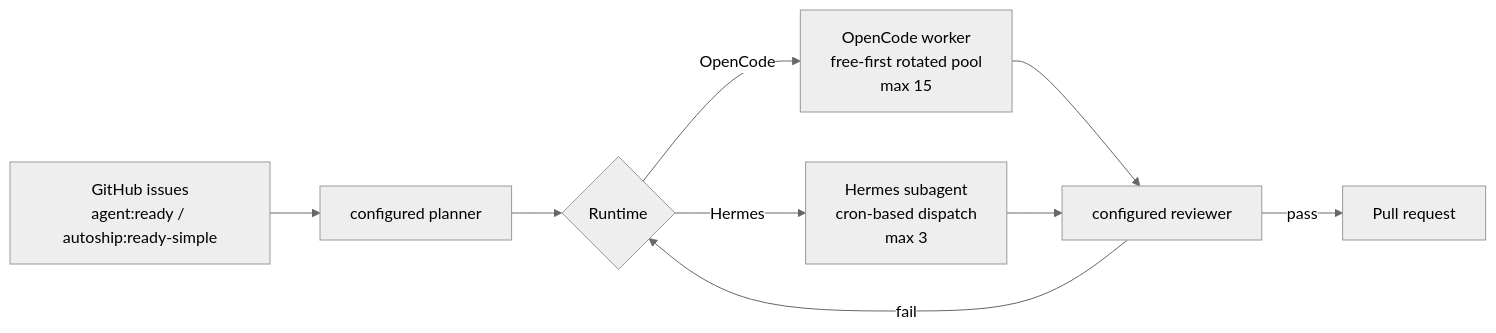
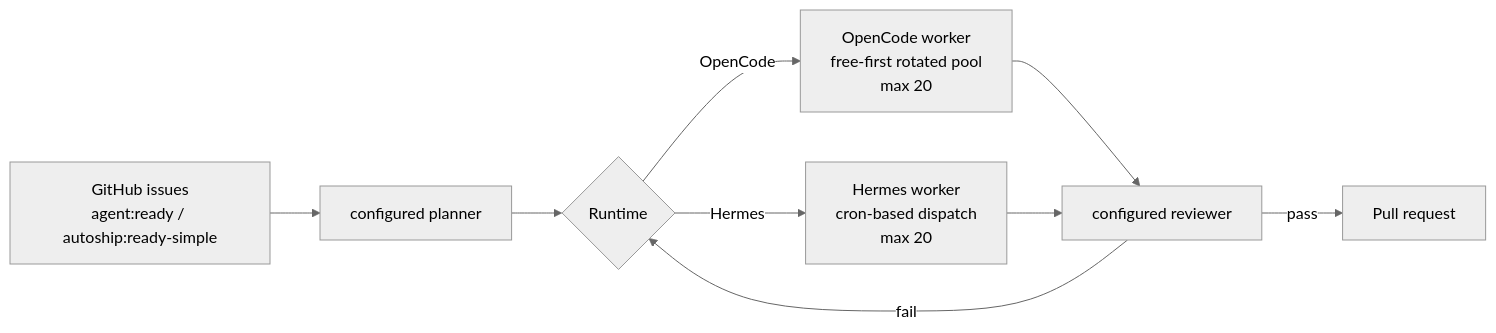
Before and after one commit to Maleick/AutoShip: the first of 2 diagrams in README.md, drawn with Mermaid (neutral theme). The commit also changed other lines of this file and 32 other files, not shown here.

````diff
--- a/README.md
+++ b/README.md
@@ -158,11 +158,11 @@
 ```mermaid
 flowchart LR
     A[GitHub issues<br/>agent:ready / autoship:ready-simple] --> B[configured planner]
     B --> C{Runtime}
-    C -->|OpenCode| D[OpenCode worker<br/>free-first rotated pool<br/>max 15]
-    C -->|Hermes| H[Hermes subagent<br/>cron-based dispatch<br/>max 3]
+    C -->|OpenCode| D[OpenCode worker<br/>free-first rotated pool<br/>max 20]
+    C -->|Hermes| H[Hermes worker<br/>cron-based dispatch<br/>max 20]
     D --> E[configured reviewer]
     H --> E
     E -->|pass| F[Pull request]
     E -->|fail| C
 ```
````
